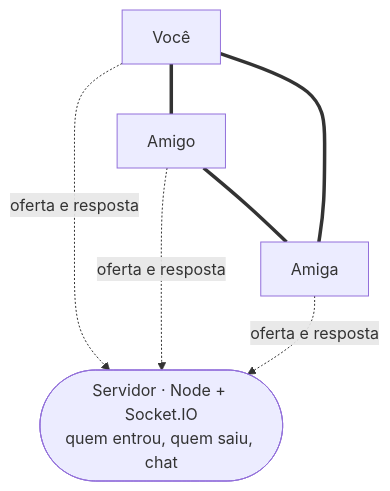
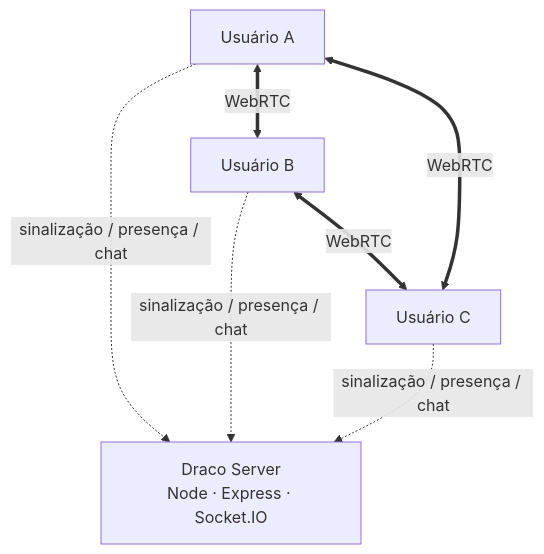
One commit to cesar1014/draco changed the diagram in README.md. Above: the diagram before and after it, drawn with Mermaid. The commit also changed other lines of this file, not shown here.

````diff
--- a/README.md
+++ b/README.md
@@ -47,13 +156,15 @@
 ```mermaid
 flowchart TB
-    S(["Servidor · Node + Socket.IO<br/>quem entrou, quem saiu, chat"])
-    A["Você"]
-    B["Amigo"]
-    C["Amiga"]
-    A -. "oferta e resposta" .-> S
-    B -. "oferta e resposta" .-> S
-    C -. "oferta e resposta" .-> S
-    A === B
-    A === C
-    B === C
+    SERVER["Draco Server<br/>Node · Express · Socket.IO"]
+    A["Usuário A"]
+    B["Usuário B"]
+    C["Usuário C"]
+
+    A -. "sinalização / presença / chat" .-> SERVER
+    B -. "sinalização / presença / chat" .-> SERVER
+    C -. "sinalização / presença / chat" .-> SERVER
+
+    A <== "WebRTC" ==> B
+    A <== "WebRTC" ==> C
+    B <== "WebRTC" ==> C
 ```
````
